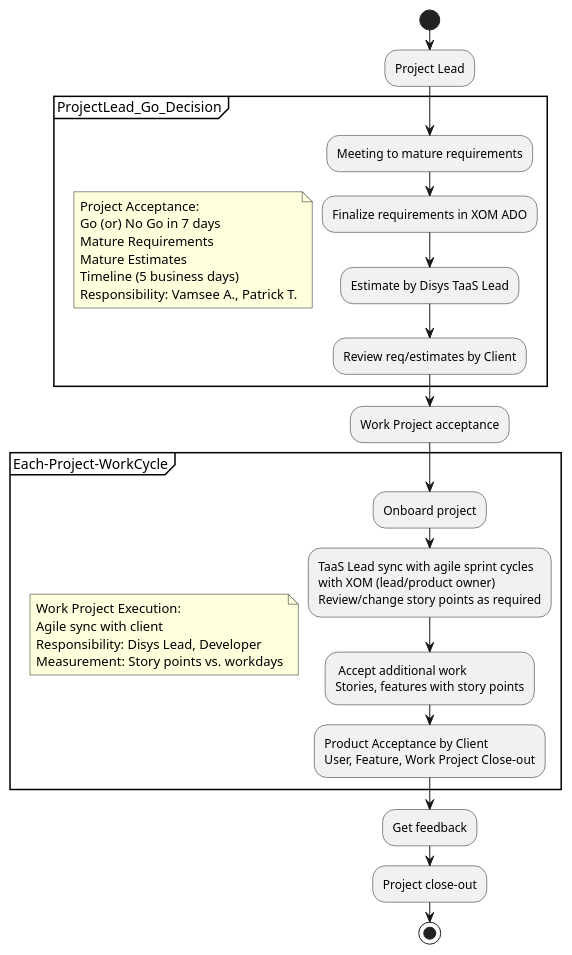
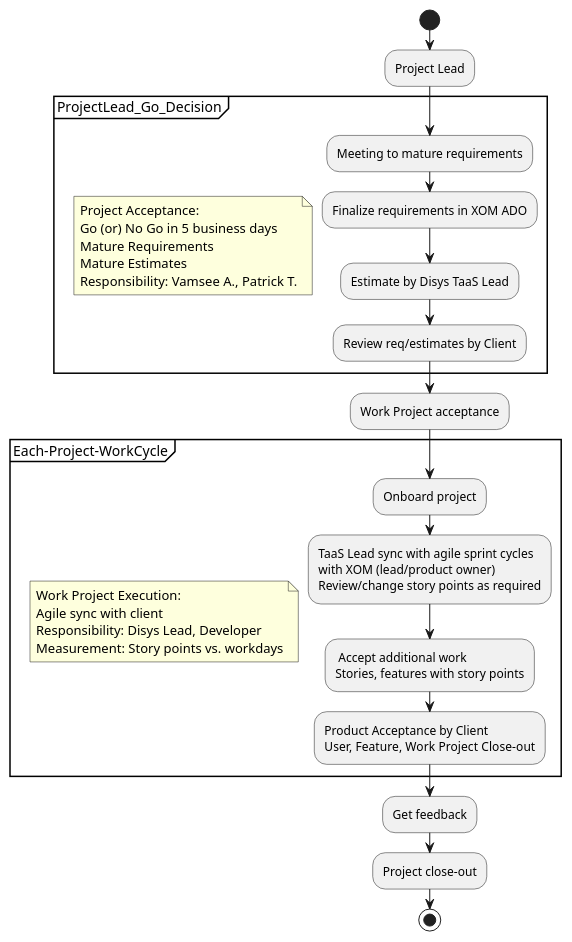
Before and after one commit to vamseeachanta/energy: the diagram in tools/puml/project_process_workflow.puml, drawn with PlantUML. The commit also changed 1 other file, not shown here.

```diff
--- a/tools/puml/project_process_workflow.puml
+++ b/tools/puml/project_process_workflow.puml
@@ -1,48 +1,47 @@
 @startuml project_process_workflow
 start
 :Project Lead;
 partition ProjectLead_Go_Decision {
 
 note
     Project Acceptance: 
-    Go (or) No Go in 7 days
+    Go (or) No Go in 5 business days
     Mature Requirements
     Mature Estimates
-    Timeline (5 business days)
     Responsibility: Vamsee A., Patrick T.
 end note
 
 :Meeting to mature requirements;
 :Finalize requirements in XOM ADO;
 :Estimate by Disys TaaS Lead;
 :Review req/estimates by Client;
 
 }
 
 :Work Project acceptance;
 
 partition Each-Project-WorkCycle {
 
 note
     Work Project Execution:
     Agile sync with client
     Responsibility: Disys Lead, Developer
     Measurement: Story points vs. workdays
 end note
 
 :Onboard project;
 :TaaS Lead sync with agile sprint cycles
 with XOM (lead/product owner)
 Review/change story points as required;
 : Accept additional work
 Stories, features with story points;
 :Product Acceptance by Client
 User, Feature, Work Project Close-out;
 
 }
 
 :Get feedback;
 :Project close-out;
 
 stop
 @enduml
```
